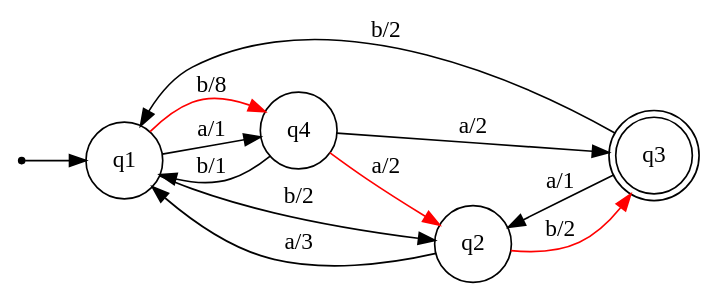
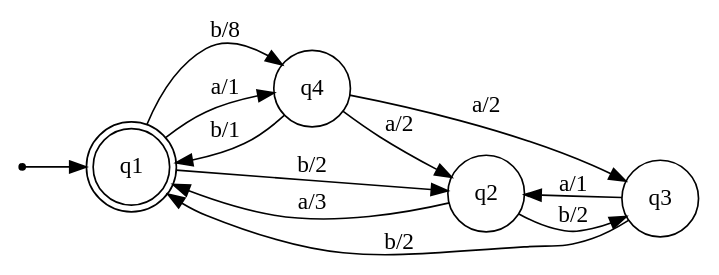
The diagram in input.dot (zenAndroid/oracle-extract), drawn with Graphviz before and after one commit. The commit also changed 14 other files, not shown here.

```diff
--- a/input.dot
+++ b/input.dot
@@ -1,17 +1,17 @@
 digraph Automaton {
     node [shape=point] INIT;
-    q3 [shape="doublecircle"];
+    q1 [shape="doublecircle"];
     node [shape=circle];
     rankdir = LR;
     INIT -> q1;
     q1 -> q2 [label="b/2"];
-    q1 -> q4 [label="b/8", color=red];
+    q1 -> q4 [label="b/8"];
     q1 -> q4 [label="a/1"];
     q2 -> q1 [label="a/3"];
-    q2 -> q3 [label="b/2", color=red];
+    q2 -> q3 [label="b/2"];
     q3 -> q2 [label="a/1"];
     q3 -> q1 [label="b/2"];
     q4 -> q1 [label="b/1"];
     q4 -> q3 [label="a/2"];
-    q4 -> q2 [label="a/2", color=red];
+    q4 -> q2 [label="a/2"];
 }
```
